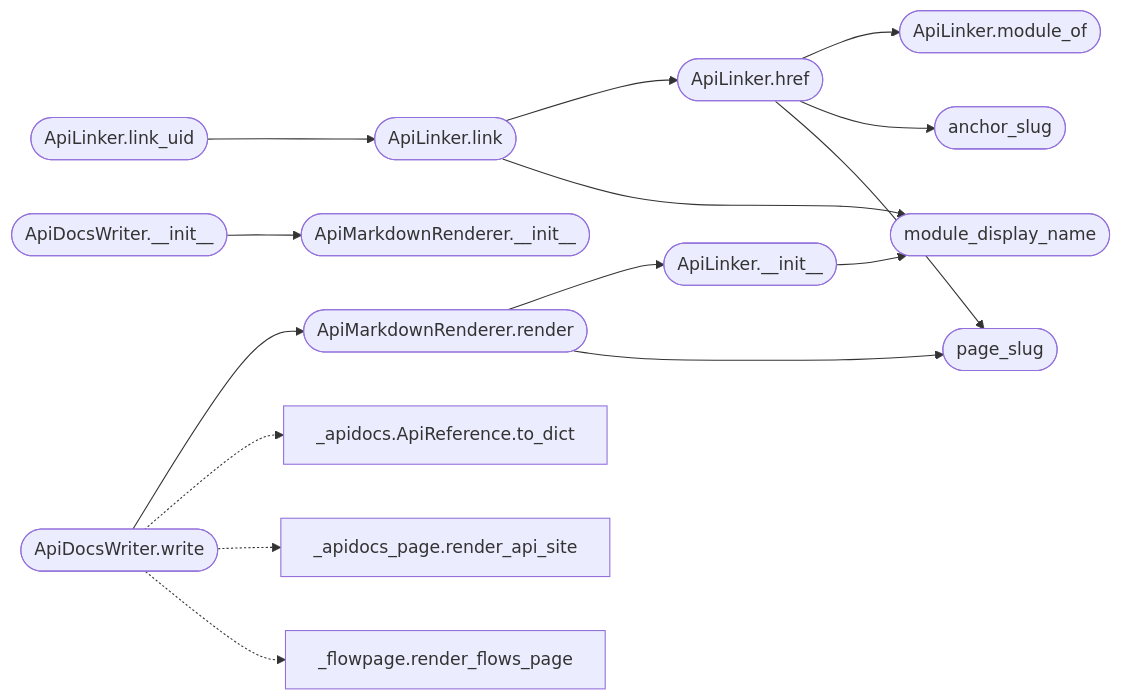
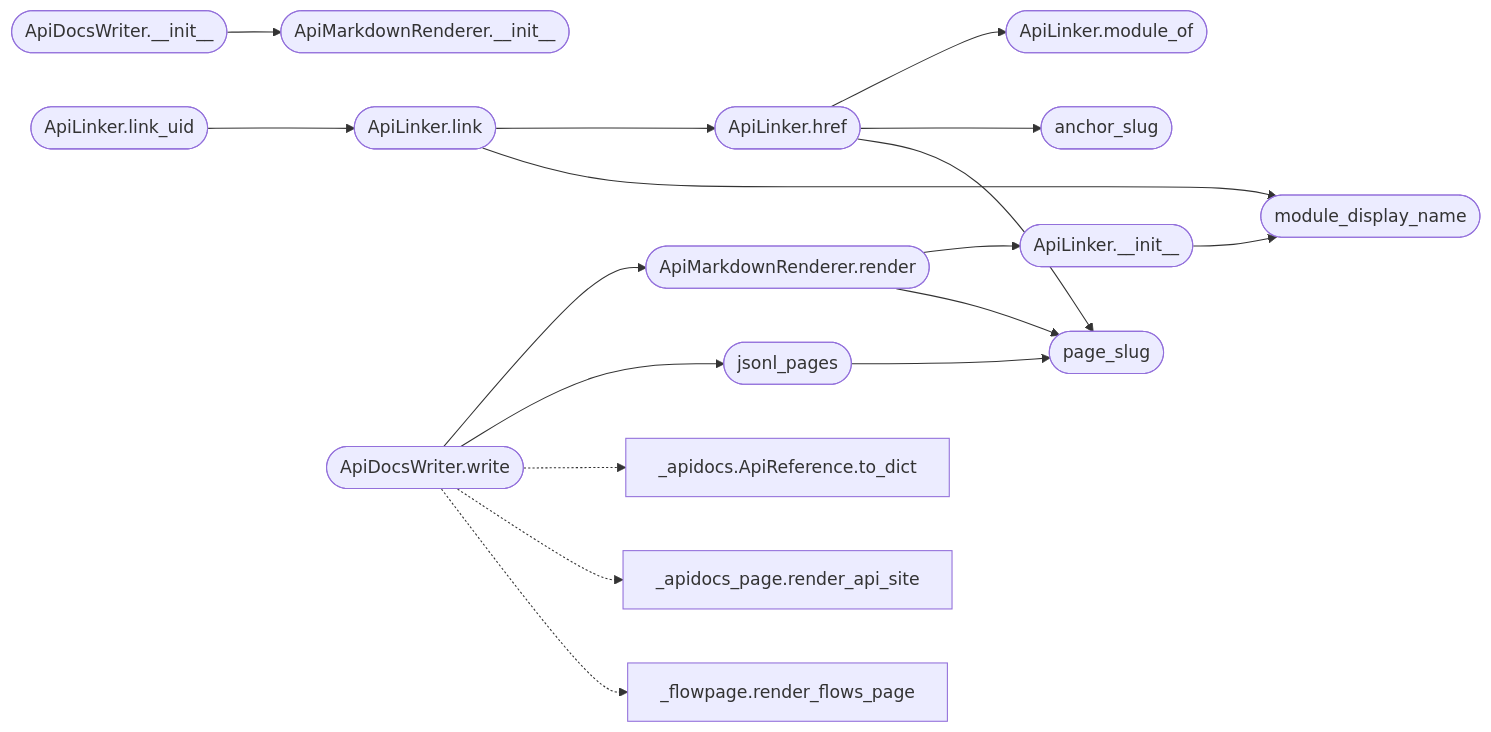
One commit to grisuno/ReadMenator changed the second of 2 diagrams in readmenator-apidocs/modules/readmenator._apidocs_render.py.md. Above: the diagram before and after it, drawn with Mermaid. The commit also changed other lines of this file and 304 other files, not shown here.

````diff
--- a/readmenator-apidocs/modules/readmenator._apidocs_render.py.md
+++ b/readmenator-apidocs/modules/readmenator._apidocs_render.py.md
@@ -48,32 +48,35 @@
 ```mermaid
 flowchart LR
+    n_readmenator__apidocs_render_py__jsonl_pages(["jsonl_pages"])
+    n_readmenator__apidocs_render_py__page_slug(["page_slug"])
     n_readmenator__apidocs_render_py__ApiLinker___init__(["ApiLinker.__init__"])
     n_readmenator__apidocs_render_py__module_display_name(["module_display_name"])
     n_readmenator__apidocs_render_py__ApiLinker_href(["ApiLinker.href"])
     n_readmenator__apidocs_render_py__ApiLinker_module_of(["ApiLinker.module_of"])
     n_readmenator__apidocs_render_py__anchor_slug(["anchor_slug"])
-    n_readmenator__apidocs_render_py__page_slug(["page_slug"])
     n_readmenator__apidocs_render_py__ApiLinker_link(["ApiLinker.link"])
     n_readmenator__apidocs_render_py__ApiLinker_link_uid(["ApiLinker.link_uid"])
     n_readmenator__apidocs_render_py__ApiMarkdownRenderer_render(["ApiMarkdownRenderer.render"])
     n_readmenator__apidocs_render_py__ApiDocsWriter___init__(["ApiDocsWriter.__init__"])
     n_readmenator__apidocs_render_py__ApiMarkdownRenderer___init__(["ApiMarkdownRenderer.__init__"])
     n_readmenator__apidocs_render_py__ApiDocsWriter_write(["ApiDocsWriter.write"])
     n_readmenator__apidocs_py__ApiReference_to_dict["_apidocs.ApiReference.to_dict"]
     n_readmenator__apidocs_page_py__render_api_site["_apidocs_page.render_api_site"]
     n_readmenator__flowpage_py__render_flows_page["_flowpage.render_flows_page"]
+    n_readmenator__apidocs_render_py__jsonl_pages --> n_readmenator__apidocs_render_py__page_slug
     n_readmenator__apidocs_render_py__ApiLinker___init__ --> n_readmenator__apidocs_render_py__module_display_name
     n_readmenator__apidocs_render_py__ApiLinker_href --> n_readmenator__apidocs_render_py__ApiLinker_module_of
     n_readmenator__apidocs_render_py__ApiLinker_href --> n_readmenator__apidocs_render_py__anchor_slug
     n_readmenator__apidocs_render_py__ApiLinker_href --> n_readmenator__apidocs_render_py__page_slug
     n_readmenator__apidocs_render_py__ApiLinker_link --> n_readmenator__apidocs_render_py__ApiLinker_href
     n_readmenator__apidocs_render_py__ApiLinker_link --> n_readmenator__apidocs_render_py__module_display_name
     n_readmenator__apidocs_render_py__ApiLinker_link_uid --> n_readmenator__apidocs_render_py__ApiLinker_link
     n_readmenator__apidocs_render_py__ApiMarkdownRenderer_render --> n_readmenator__apidocs_render_py__ApiLinker___init__
     n_readmenator__apidocs_render_py__ApiMarkdownRenderer_render --> n_readmenator__apidocs_render_py__page_slug
     n_readmenator__apidocs_render_py__ApiDocsWriter___init__ --> n_readmenator__apidocs_render_py__ApiMarkdownRenderer___init__
     n_readmenator__apidocs_render_py__ApiDocsWriter_write --> n_readmenator__apidocs_render_py__ApiMarkdownRenderer_render
+    n_readmenator__apidocs_render_py__ApiDocsWriter_write --> n_readmenator__apidocs_render_py__jsonl_pages
     n_readmenator__apidocs_render_py__ApiDocsWriter_write -.-> n_readmenator__apidocs_py__ApiReference_to_dict
     n_readmenator__apidocs_render_py__ApiDocsWriter_write -.-> n_readmenator__apidocs_page_py__render_api_site
     n_readmenator__apidocs_render_py__ApiDocsWriter_write -.-> n_readmenator__flowpage_py__render_flows_page
 ```
````
